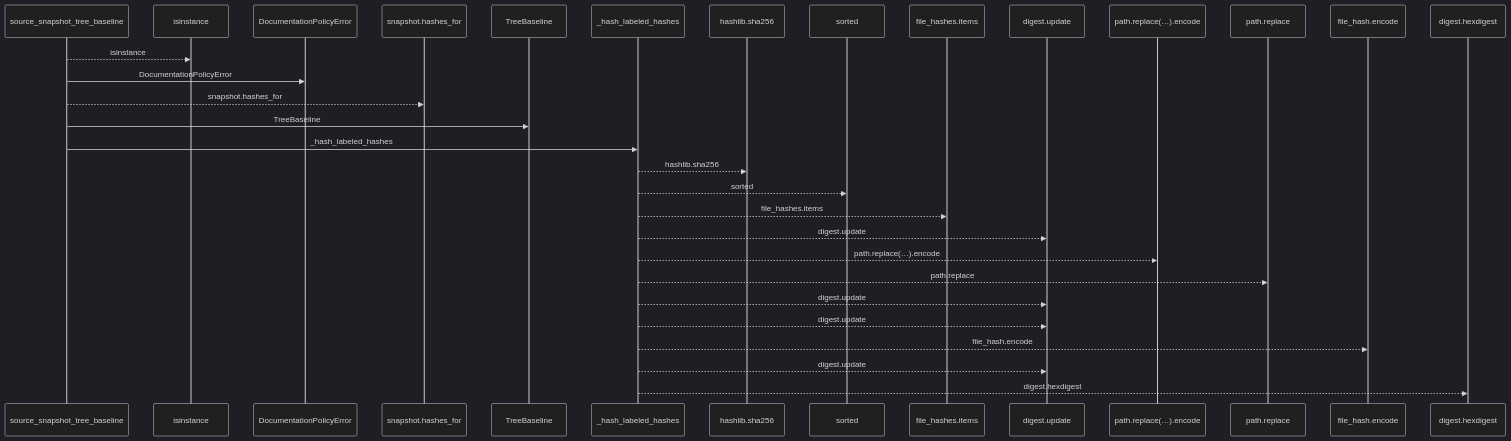
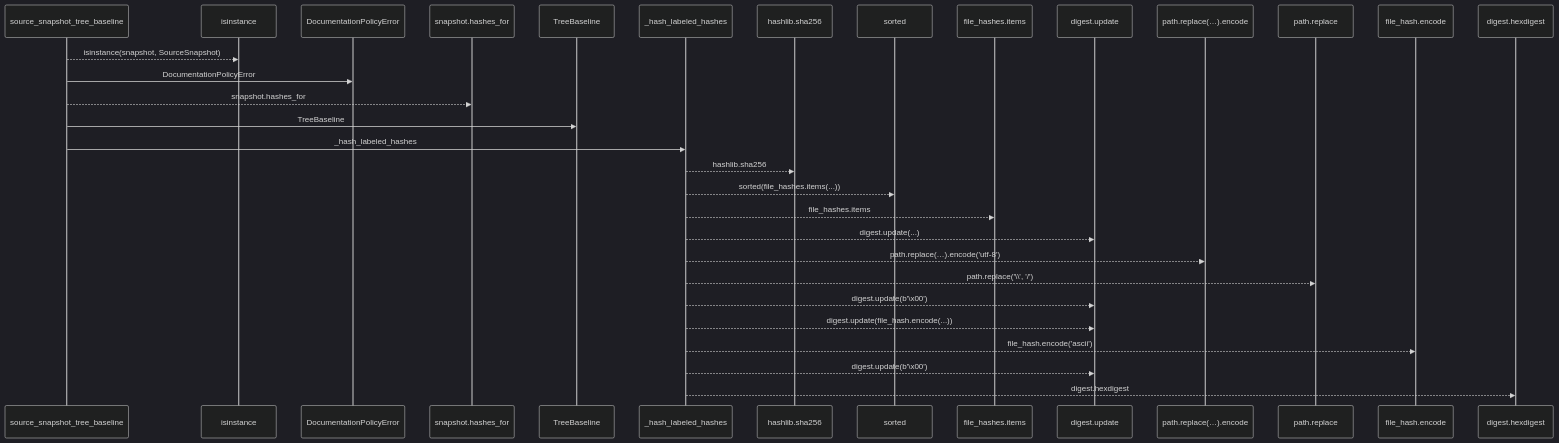
Before and after one commit to Denissvgn/python-wiki-llm: the first of 2 diagrams in docs/llm_wiki/flows/api-source_snapshot_tree_baseline.md, drawn with Mermaid (dark theme). The commit also changed other lines of this file and 1410 other files, not shown here.

````diff
--- a/docs/llm_wiki/flows/api-source_snapshot_tree_baseline.md
+++ b/docs/llm_wiki/flows/api-source_snapshot_tree_baseline.md
@@ -10,33 +12,33 @@
 ```mermaid
 sequenceDiagram
     participant p0 as source_snapshot_tree_baseline
     participant p1 as isinstance
     participant p2 as DocumentationPolicyError
     participant p3 as snapshot.hashes_for
     participant p4 as TreeBaseline
     participant p5 as _hash_labeled_hashes
     participant p6 as hashlib.sha256
     participant p7 as sorted
     participant p8 as file_hashes.items
     participant p9 as digest.update
     participant p10 as path.replace(…).encode
     participant p11 as path.replace
     participant p12 as file_hash.encode
     participant p13 as digest.hexdigest
-    p0-->>p1: isinstance
+    p0-->>p1: isinstance(snapshot, SourceSnapshot)
     p0->>p2: DocumentationPolicyError
     p0-->>p3: snapshot.hashes_for
     p0->>p4: TreeBaseline
     p0->>p5: _hash_labeled_hashes
     p5-->>p6: hashlib.sha256
-    p5-->>p7: sorted
+    p5-->>p7: sorted(file_hashes.items(...))
     p5-->>p8: file_hashes.items
-    p5-->>p9: digest.update
-    p5-->>p10: path.replace(…).encode
-    p5-->>p11: path.replace
-    p5-->>p9: digest.update
-    p5-->>p9: digest.update
-    p5-->>p12: file_hash.encode
-    p5-->>p9: digest.update
+    p5-->>p9: digest.update(...)
+    p5-->>p10: path.replace(…).encode('utf-8')
+    p5-->>p11: path.replace('\\', '/')
+    p5-->>p9: digest.update(b'\x00')
+    p5-->>p9: digest.update(file_hash.encode(...))
+    p5-->>p12: file_hash.encode('ascii')
+    p5-->>p9: digest.update(b'\x00')
     p5-->>p13: digest.hexdigest
 ```
````
